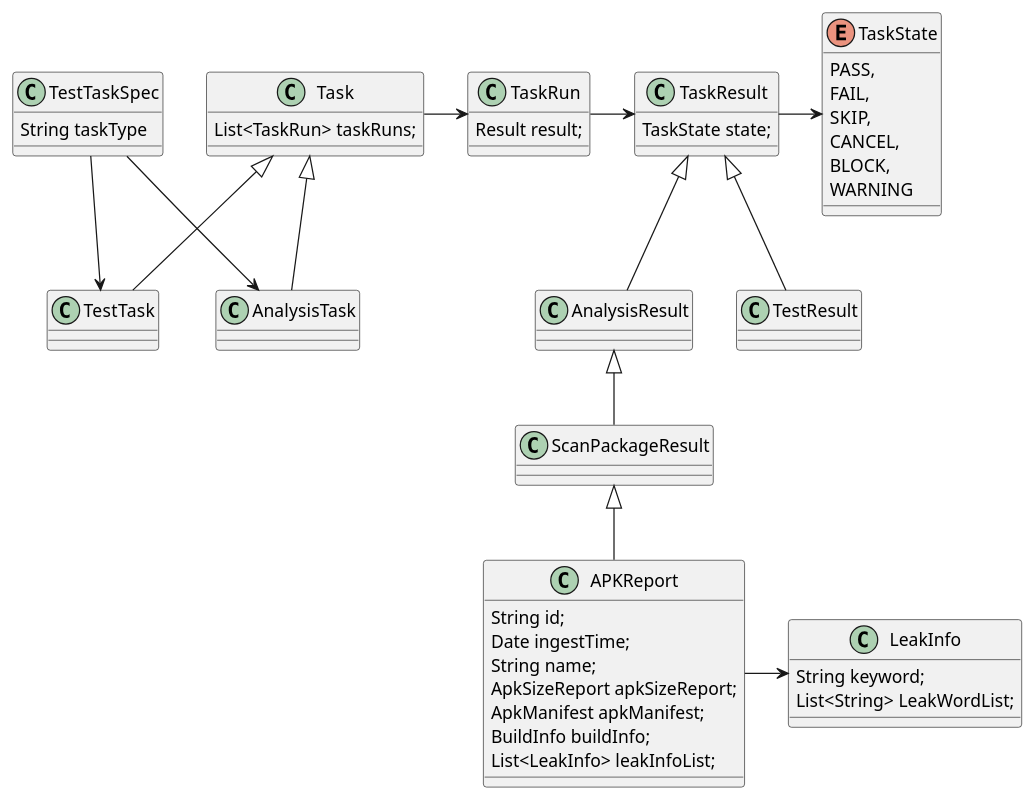
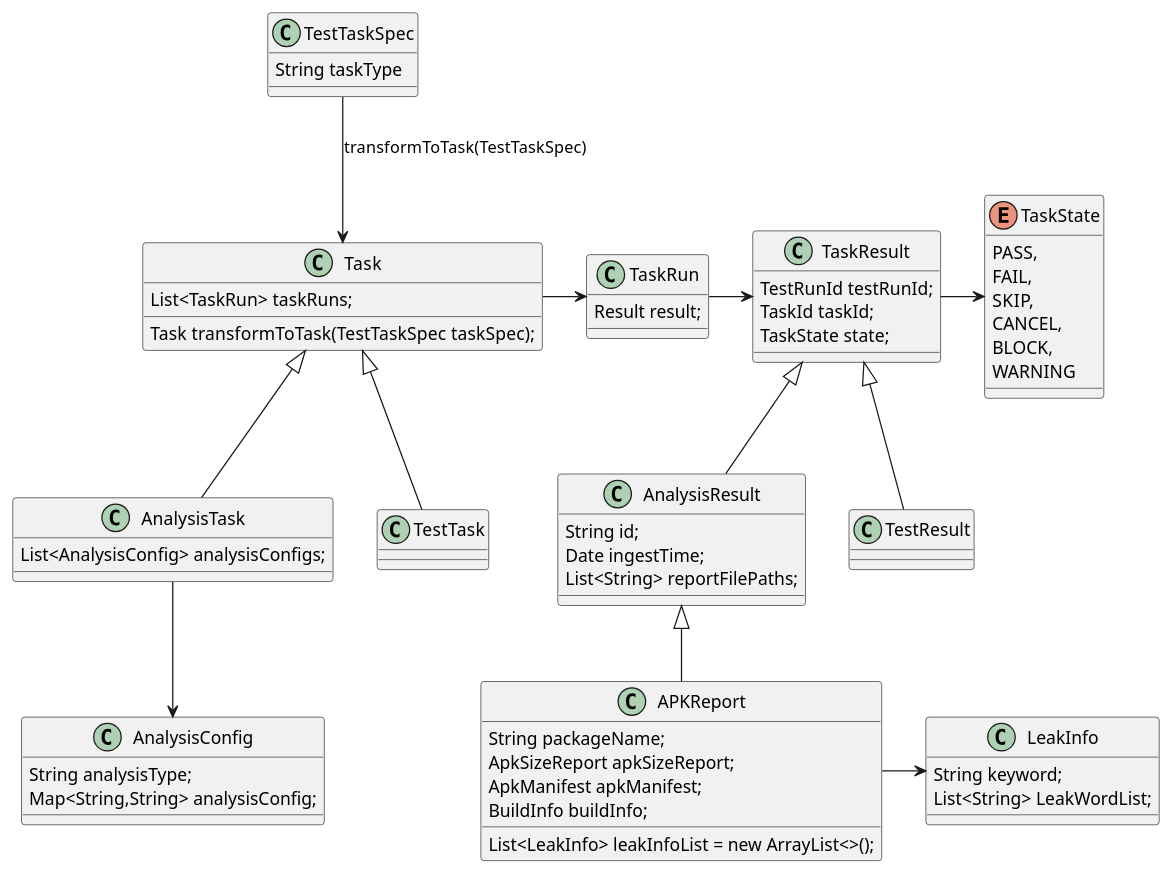
One commit to microsoft/HydraLab changed the second of 3 diagrams in agent/doc/UML/package_scanner_design.puml. Above: the diagram before and after it, drawn with PlantUML. The commit also changed other lines of this file and 2 other files, not shown here.

```diff
--- a/agent/doc/UML/package_scanner_design.puml
+++ b/agent/doc/UML/package_scanner_design.puml
@@ -37,54 +37,64 @@
 @startuml TaskDataType
 class TaskResult{
+    TestRunId testRunId;
+    TaskId taskId;
     TaskState state;
 }
 
 enum TaskState{
     PASS,
     FAIL,
     SKIP,
     CANCEL,
     BLOCK,
     WARNING
 }
 
-class AnalysisResult extends TaskResult{}
-class TestResult extends TaskResult{}
-class ScanPackageResult extends AnalysisResult{}
-class APKReport extends ScanPackageResult{
+class AnalysisResult extends TaskResult{
     String id;
     Date ingestTime;
-    String name;
+    List<String> reportFilePaths;
+}
+class TestResult extends TaskResult{}
+class APKReport extends AnalysisResult{
+    String packageName;
+    List<LeakInfo> leakInfoList = new ArrayList<>();
     ApkSizeReport apkSizeReport;
     ApkManifest apkManifest;
     BuildInfo buildInfo;
-    List<LeakInfo> leakInfoList;
 }
 class LeakInfo {
     String keyword;
     List<String> LeakWordList;
 }
 APKReport -> LeakInfo
 class Task{
     List<TaskRun> taskRuns;
+    Task transformToTask(TestTaskSpec taskSpec);
 }
 class AnalysisTask extends Task{
+    List<AnalysisConfig> analysisConfigs;
+}
+class AnalysisConfig{
+    String analysisType;
+    Map<String,String> analysisConfig;
 }
 class TestTask extends Task{}
 
 class TaskRun{
     Result result;
 }
 TaskRun -> TaskResult
 
 TaskResult -> TaskState
 
 Task -> TaskRun
 
 class TestTaskSpec{
     String taskType
 }
 
-TestTaskSpec --> AnalysisTask
-TestTaskSpec --> TestTask
+TestTaskSpec --> Task : transformToTask(TestTaskSpec)
+
+AnalysisTask --> AnalysisConfig
 @enduml
```
